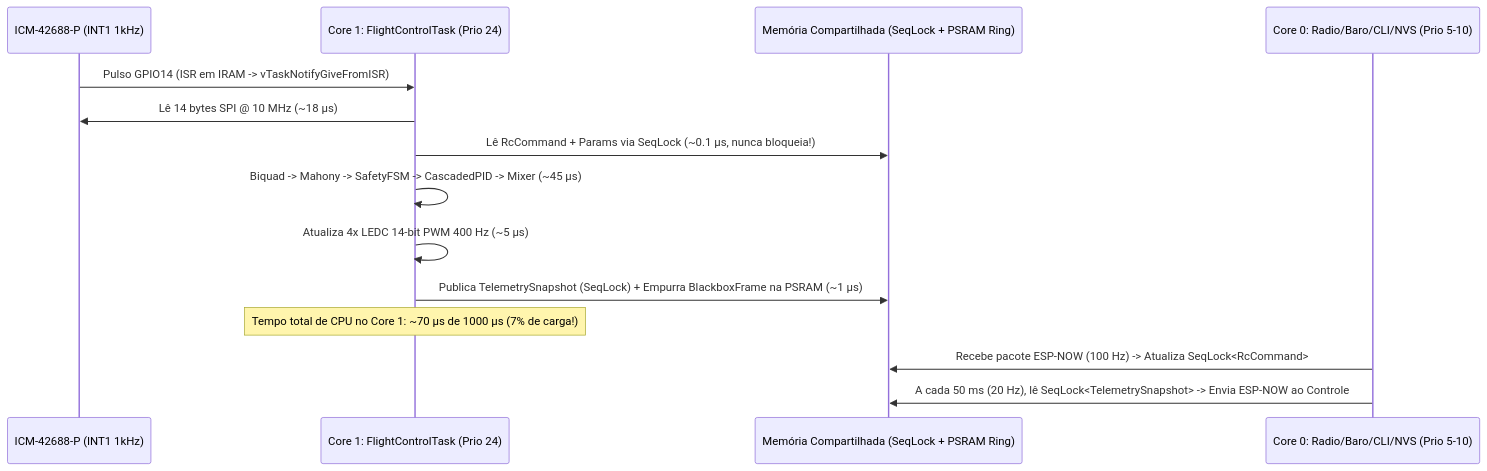
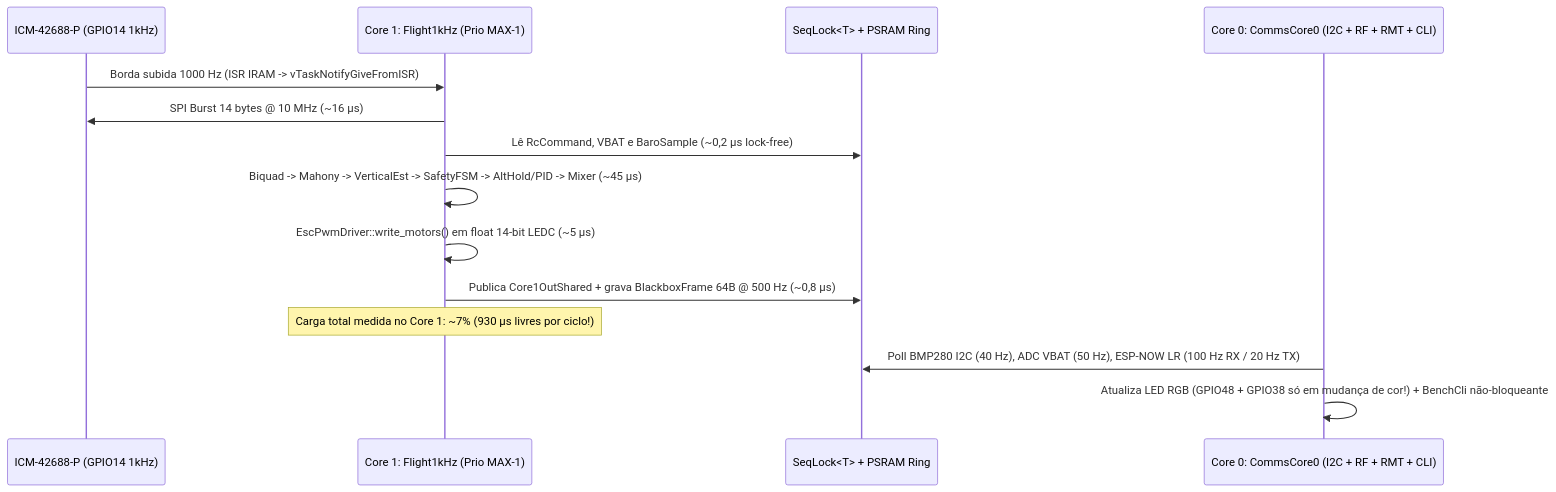
Before and after one commit to CaioPSSS/esp32s3-quad450: the second of 2 diagrams in docs/arquitetura_software_esp32s3.md, drawn with Mermaid. The commit also changed other lines of this file and 28 other files, not shown here.

````diff
--- a/docs/arquitetura_software_esp32s3.md
+++ b/docs/arquitetura_software_esp32s3.md
@@ -140,17 +120,17 @@
 ```mermaid
 sequenceDiagram
-    participant IMU as ICM-42688-P (INT1 1kHz)
-    participant C1 as Core 1: FlightControlTask (Prio 24)
-    participant MEM as Memória Compartilhada (SeqLock + PSRAM Ring)
-    participant C0 as Core 0: Radio/Baro/CLI/NVS (Prio 5-10)
+    participant INT1 as ICM-42688-P (GPIO14 1kHz)
+    participant C1 as Core 1: Flight1kHz (Prio MAX-1)
+    participant LOCK as SeqLock<T> + PSRAM Ring
+    participant C0 as Core 0: CommsCore0 (I2C + RF + RMT + CLI)
 
-    IMU->>C1: Pulso GPIO14 (ISR em IRAM -> vTaskNotifyGiveFromISR)
-    C1->>IMU: Lê 14 bytes SPI @ 10 MHz (~18 µs)
-    C1->>MEM: Lê RcCommand + Params via SeqLock (~0.1 µs, nunca bloqueia!)
-    C1->>C1: Biquad -> Mahony -> SafetyFSM -> CascadedPID -> Mixer (~45 µs)
-    C1->>C1: Atualiza 4x LEDC 14-bit PWM 400 Hz (~5 µs)
-    C1->>MEM: Publica TelemetrySnapshot (SeqLock) + Empurra BlackboxFrame na PSRAM (~1 µs)
-    Note over C1: Tempo total de CPU no Core 1: ~70 µs de 1000 µs (7% de carga!)
-    C0->>MEM: Recebe pacote ESP-NOW (100 Hz) -> Atualiza SeqLock<RcCommand>
-    C0->>MEM: A cada 50 ms (20 Hz), lê SeqLock<TelemetrySnapshot> -> Envia ESP-NOW ao Controle
+    INT1->>C1: Borda subida 1000 Hz (ISR IRAM -> vTaskNotifyGiveFromISR)
+    C1->>INT1: SPI Burst 14 bytes @ 10 MHz (~16 µs)
+    C1->>LOCK: Lê RcCommand, VBAT e BaroSample (~0,2 µs lock-free)
+    C1->>C1: Biquad -> Mahony -> VerticalEst -> SafetyFSM -> AltHold/PID -> Mixer (~45 µs)
+    C1->>C1: EscPwmDriver::write_motors() em float 14-bit LEDC (~5 µs)
+    C1->>LOCK: Publica Core1OutShared + grava BlackboxFrame 64B @ 500 Hz (~0,8 µs)
+    Note over C1: Carga total medida no Core 1: ~7% (930 µs livres por ciclo!)
+    C0->>LOCK: Poll BMP280 I2C (40 Hz), ADC VBAT (50 Hz), ESP-NOW LR (100 Hz RX / 20 Hz TX)
+    C0->>C0: Atualiza LED RGB (GPIO48 + GPIO38 só em mudança de cor!) + BenchCli não-bloqueante
 ```
````
